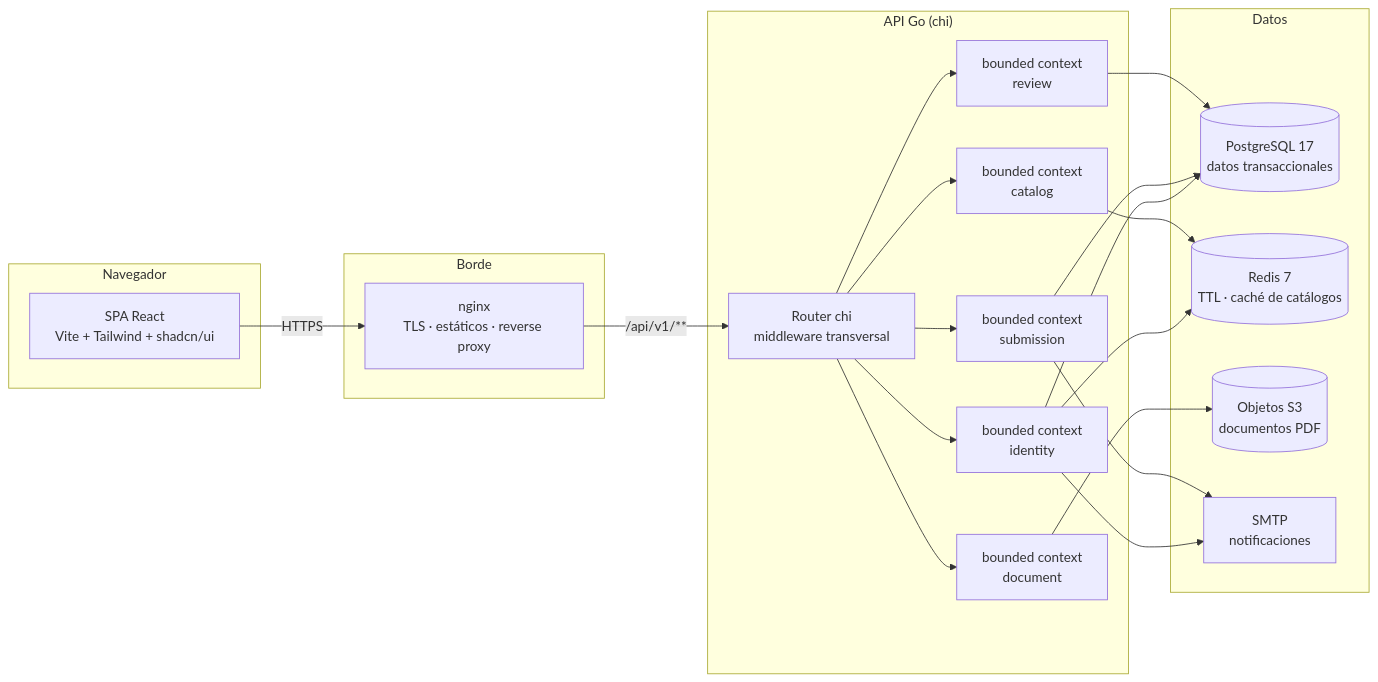
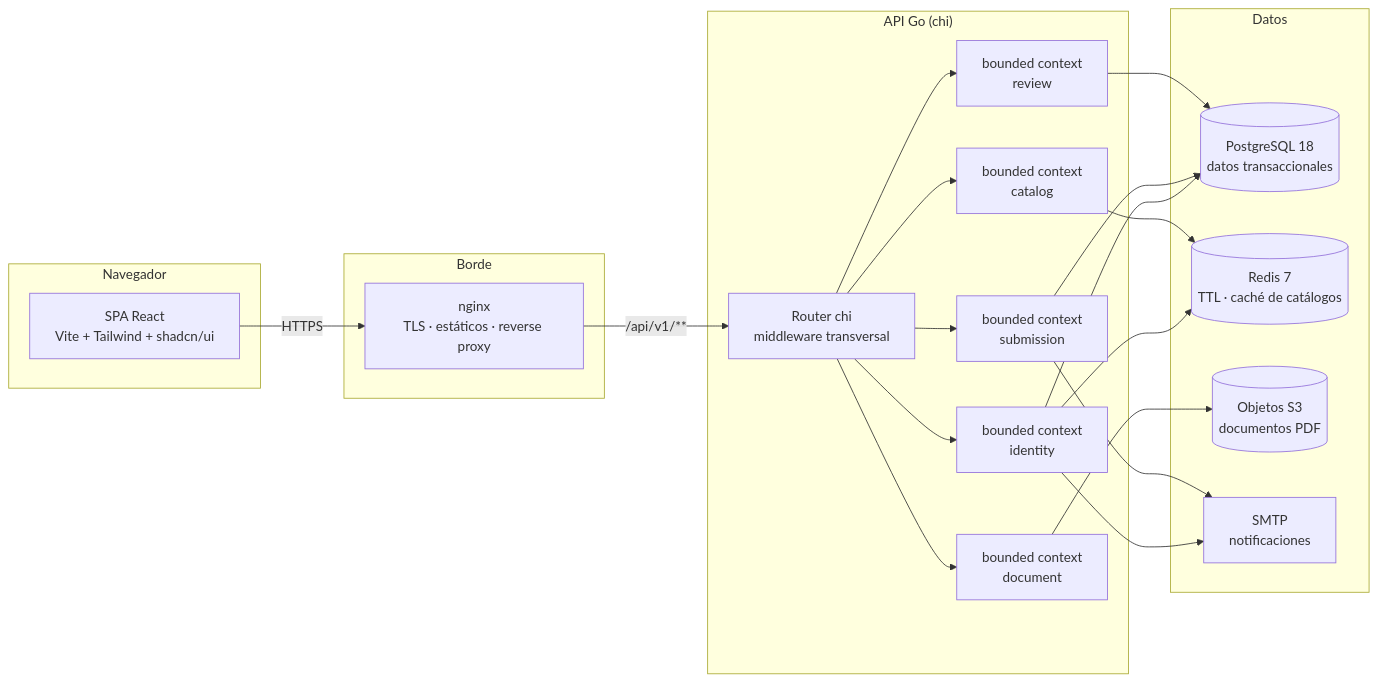
Before and after one commit to yan2005dris-afk/Framework-Examen: the first of 5 diagrams in docs/trd/TRD.md, drawn with Mermaid. The commit also changed other lines of this file and 10 other files, not shown here.

First line of the commit message:
docs: documenta PostgreSQL 18 y UUIDv7

````diff
--- a/docs/trd/TRD.md
+++ b/docs/trd/TRD.md
@@ -20,35 +20,35 @@
 ```mermaid
 flowchart LR
     subgraph navegador["Navegador"]
         SPA["SPA React<br/>Vite + Tailwind + shadcn/ui"]
     end
 
     subgraph borde["Borde"]
         NGINX["nginx<br/>TLS · estáticos · reverse proxy"]
     end
 
     subgraph api["API Go (chi)"]
         HTTP["Router chi<br/>middleware transversal"]
         ID["bounded context<br/>identity"]
         SUB["bounded context<br/>submission"]
         DOC["bounded context<br/>document"]
         CAT["bounded context<br/>catalog"]
         REV["bounded context<br/>review"]
     end
 
     subgraph datos["Datos"]
-        PG[("PostgreSQL 17<br/>datos transaccionales")]
+        PG[("PostgreSQL 18<br/>datos transaccionales")]
         REDIS[("Redis 7<br/>TTL · caché de catálogos")]
         OBJ[("Objetos S3<br/>documentos PDF")]
         SMTP["SMTP<br/>notificaciones"]
     end
 
     SPA -->|"HTTPS"| NGINX
     NGINX -->|"/api/v1/**"| HTTP
     HTTP --> ID & SUB & DOC & CAT & REV
     ID & SUB & REV --> PG
     ID --> REDIS
     CAT --> REDIS
     DOC --> OBJ
     ID & SUB --> SMTP
 ```
````
